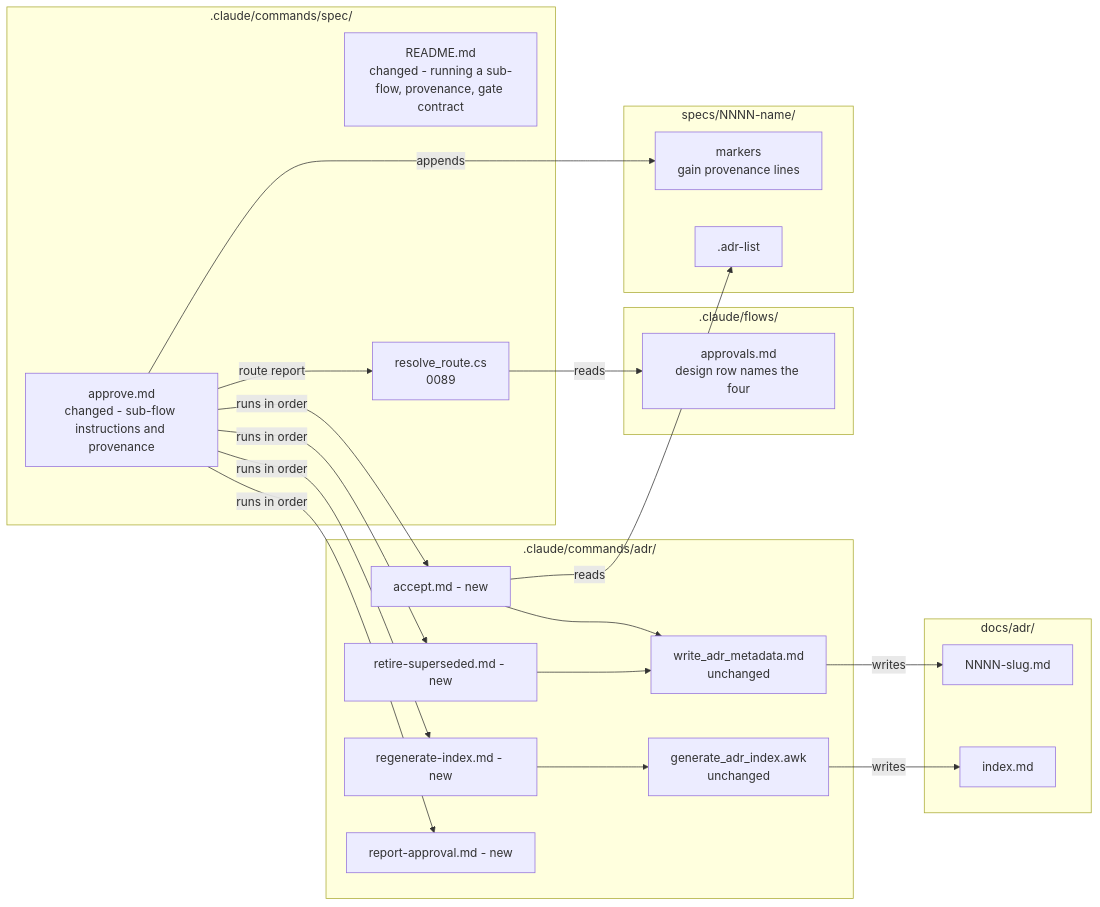
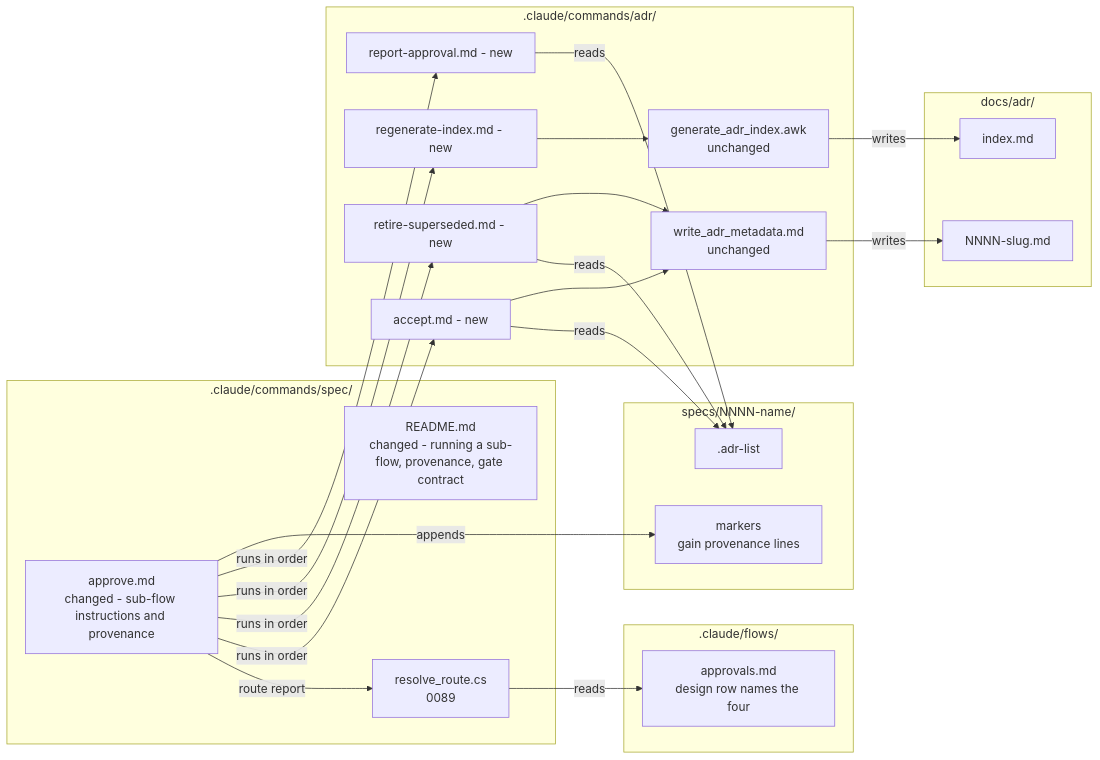
One commit to BrighterCommand/Brighter changed the second of 2 diagrams in docs/adr/0090-approval-sub-flows.md. Above: the diagram before and after it, drawn with Mermaid. The commit also changed other lines of this file, not shown here.

````diff
--- a/docs/adr/0090-approval-sub-flows.md
+++ b/docs/adr/0090-approval-sub-flows.md
@@ -260,40 +263,42 @@
 ```mermaid
 flowchart LR
     subgraph SPEC[".claude/commands/spec/"]
         AP["approve.md<br/>changed - sub-flow instructions and provenance"]
         RM["README.md<br/>changed - running a sub-flow, provenance, gate contract"]
         RR["resolve_route.cs<br/>0089"]
     end
     subgraph ADRC[".claude/commands/adr/"]
         ACC["accept.md - new"]
         RET["retire-superseded.md - new"]
         REG["regenerate-index.md - new"]
         REP["report-approval.md - new"]
         WAM["write_adr_metadata.md<br/>unchanged"]
         AWK["generate_adr_index.awk<br/>unchanged"]
     end
     subgraph FLOWS[".claude/flows/"]
         AT["approvals.md<br/>design row names the four"]
     end
     subgraph DOCS["docs/adr/"]
         ADRS["NNNN-slug.md"]
         IDX["index.md"]
     end
     subgraph SPECS["specs/NNNN-name/"]
         MK["markers<br/>gain provenance lines"]
         AL[".adr-list"]
     end
     AP -->|route report| RR
     RR -->|reads| AT
     AP -->|runs in order| ACC
     AP -->|runs in order| RET
     AP -->|runs in order| REG
     AP -->|runs in order| REP
     AP -->|appends| MK
     ACC -->|reads| AL
+    RET -->|reads| AL
+    REP -->|reads| AL
     ACC --> WAM
     RET --> WAM
     WAM -->|writes| ADRS
     REG --> AWK
     AWK -->|writes| IDX
 ```
````
